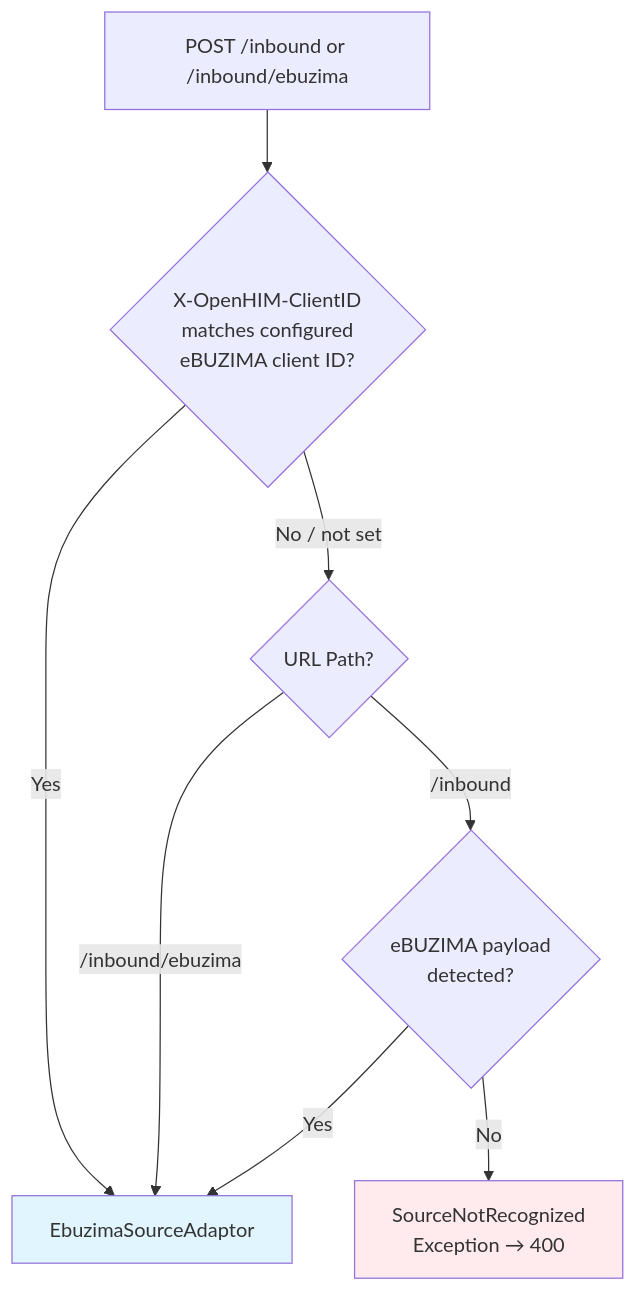
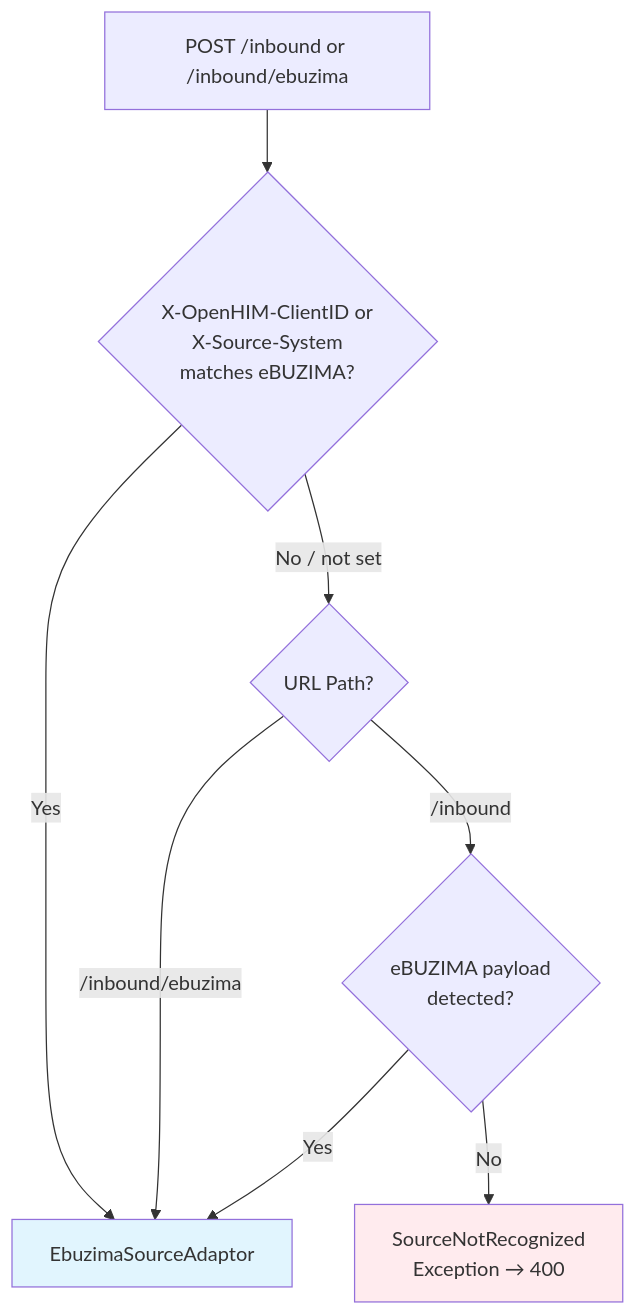
Before and after one commit to Jayaprakash8887/openhim-cce-emitter-adaptor: the third of 9 diagrams in docs/flow-diagrams.md, drawn with Mermaid. The commit also changed 6 other files, not shown here.

````diff
--- a/docs/flow-diagrams.md
+++ b/docs/flow-diagrams.md
@@ -96,16 +96,16 @@
 ```mermaid
 flowchart TD
-    A[POST /inbound or /inbound/ebuzima] --> B{X-OpenHIM-ClientID<br/>matches configured<br/>eBUZIMA client ID?}
+    A[POST /inbound or /inbound/ebuzima] --> B{X-OpenHIM-ClientID or<br/>X-Source-System<br/>matches eBUZIMA?}
 
     B -->|Yes| C[EbuzimaSourceAdaptor]
     B -->|No / not set| G{URL Path?}
 
     G -->|/inbound/ebuzima| C
     G -->|/inbound| H{eBUZIMA payload<br/>detected?}
 
     H -->|Yes| C
     H -->|No| J[SourceNotRecognized<br/>Exception → 400]
 
     style C fill:#e1f5fe
     style J fill:#ffebee
 ```
````
